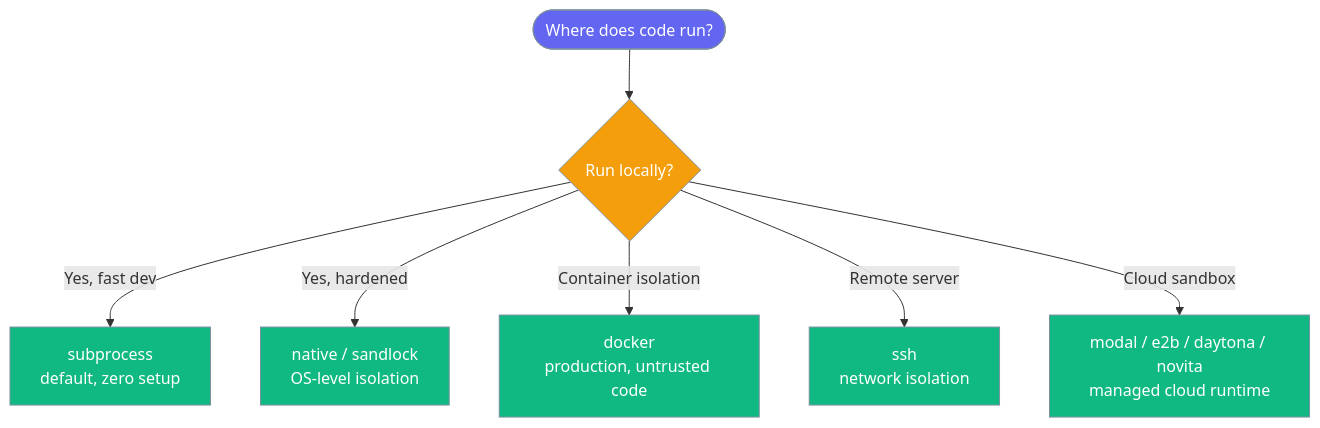
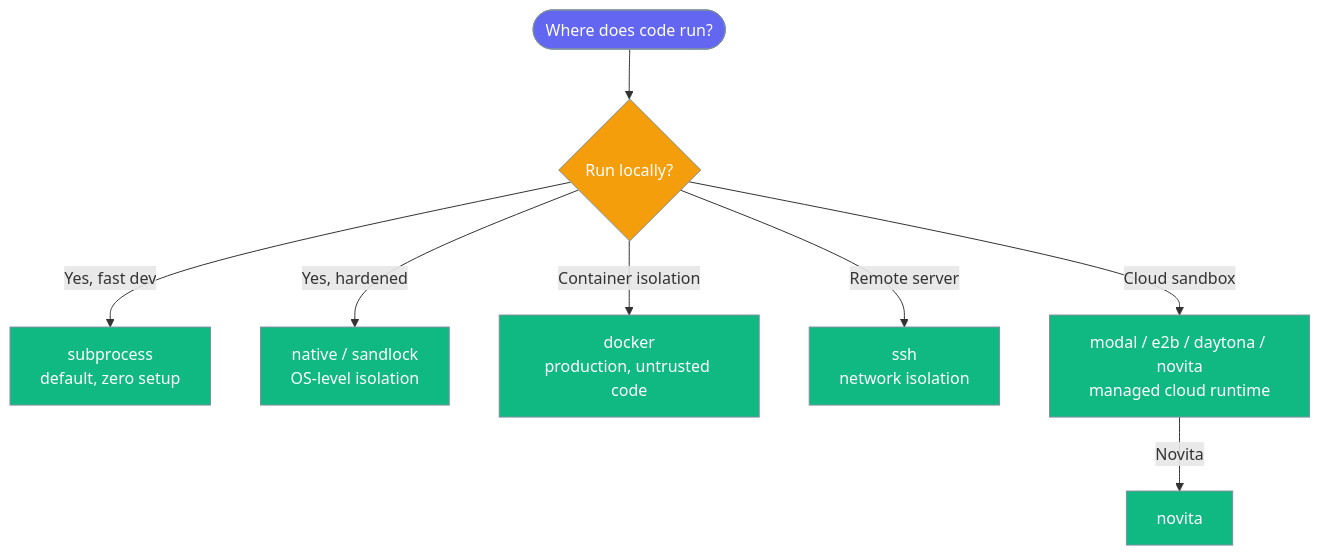
One commit to MervinPraison/PraisonAIDocs changed the third of 7 diagrams in docs/features/sandbox-backends.mdx. Above: the diagram before and after it, drawn with Mermaid. The commit also changed 5 other files, not shown here.

````diff
--- a/docs/features/sandbox-backends.mdx
+++ b/docs/features/sandbox-backends.mdx
@@ -130,17 +130,18 @@
 ```mermaid
 graph TB
     Start([Where does code run?]) --> Q1{Run locally?}
     Q1 -->|Yes, fast dev| A[subprocess<br/>default, zero setup]
     Q1 -->|Yes, hardened| B[native / sandlock<br/>OS-level isolation]
     Q1 -->|Container isolation| C[docker<br/>production, untrusted code]
     Q1 -->|Remote server| D[ssh<br/>network isolation]
     Q1 -->|Cloud sandbox| E[modal / e2b / daytona / novita<br/>managed cloud runtime]
+    E -->|Novita| K[novita]
 
     classDef start fill:#6366F1,stroke:#7C90A0,color:#fff
     classDef question fill:#F59E0B,stroke:#7C90A0,color:#fff
     classDef answer fill:#10B981,stroke:#7C90A0,color:#fff
 
     class Start start
     class Q1 question
-    class A,B,C,D,E answer
+    class A,B,C,D,E,K answer
 ```
````
